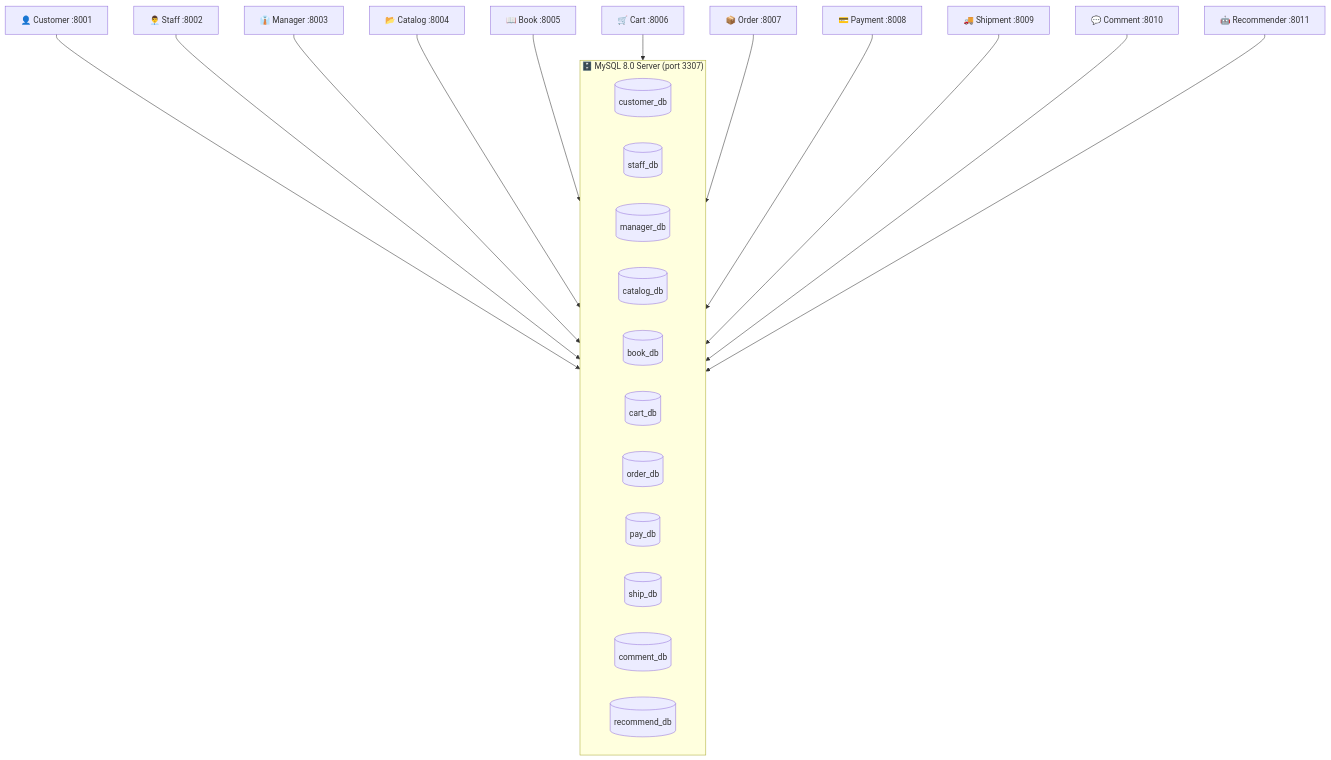
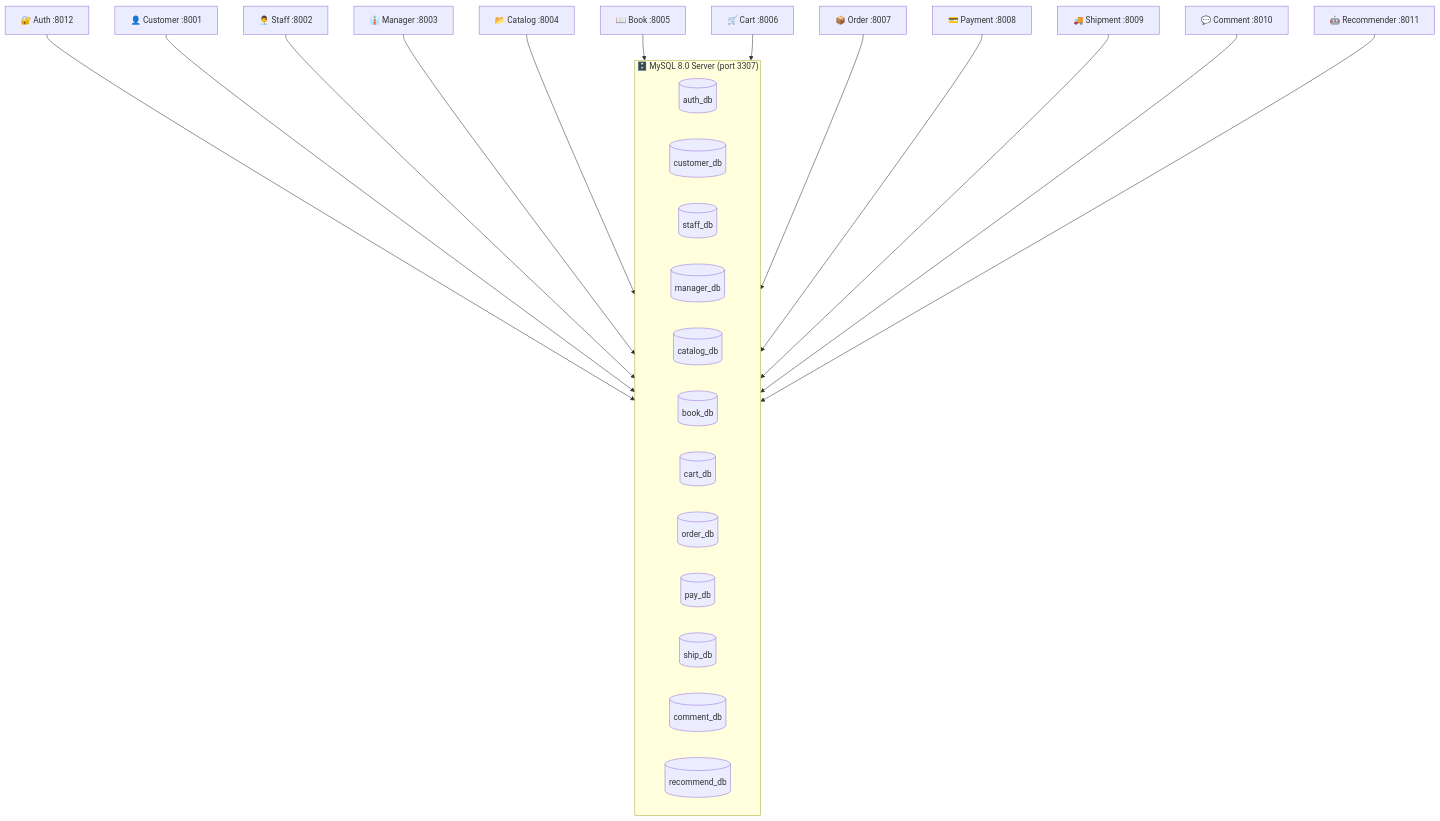
One commit to tuantm204/Bookstore changed the fourth of 7 diagrams in ARCHITECTURE_DIAGRAM.md. Above: the diagram before and after it, drawn with Mermaid. The commit also changed other lines of this file and 43 other files, not shown here.

````diff
--- a/ARCHITECTURE_DIAGRAM.md
+++ b/ARCHITECTURE_DIAGRAM.md
@@ -116,29 +164,31 @@
 ```mermaid
 graph TB
     subgraph MySQL["🗄️ MySQL 8.0 Server (port 3307)"]
         direction LR
+        DB0[(auth_db)]
         DB1[(customer_db)]
         DB2[(staff_db)]
         DB3[(manager_db)]
         DB4[(catalog_db)]
         DB5[(book_db)]
         DB6[(cart_db)]
         DB7[(order_db)]
         DB8[(pay_db)]
         DB9[(ship_db)]
         DB10[(comment_db)]
         DB11[(recommend_db)]
     end
 
+    AS["🔐 Auth :8012"] --> DB0
     CS["👤 Customer :8001"] --> DB1
     SS["👨‍💼 Staff :8002"] --> DB2
     MS["👔 Manager :8003"] --> DB3
     CAS["📂 Catalog :8004"] --> DB4
     BS["📖 Book :8005"] --> DB5
     CRS["🛒 Cart :8006"] --> DB6
     OS["📦 Order :8007"] --> DB7
     PS["💳 Payment :8008"] --> DB8
     SHS["🚚 Shipment :8009"] --> DB9
     CMS["💬 Comment :8010"] --> DB10
     RS["🤖 Recommender :8011"] --> DB11
 ```
````
